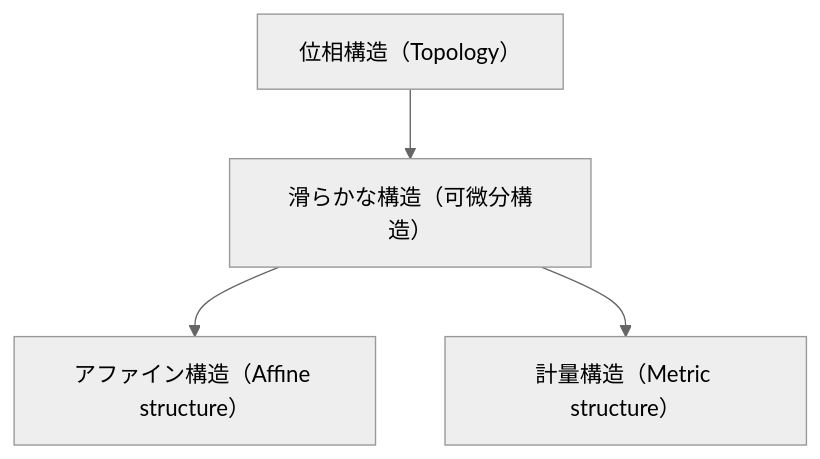
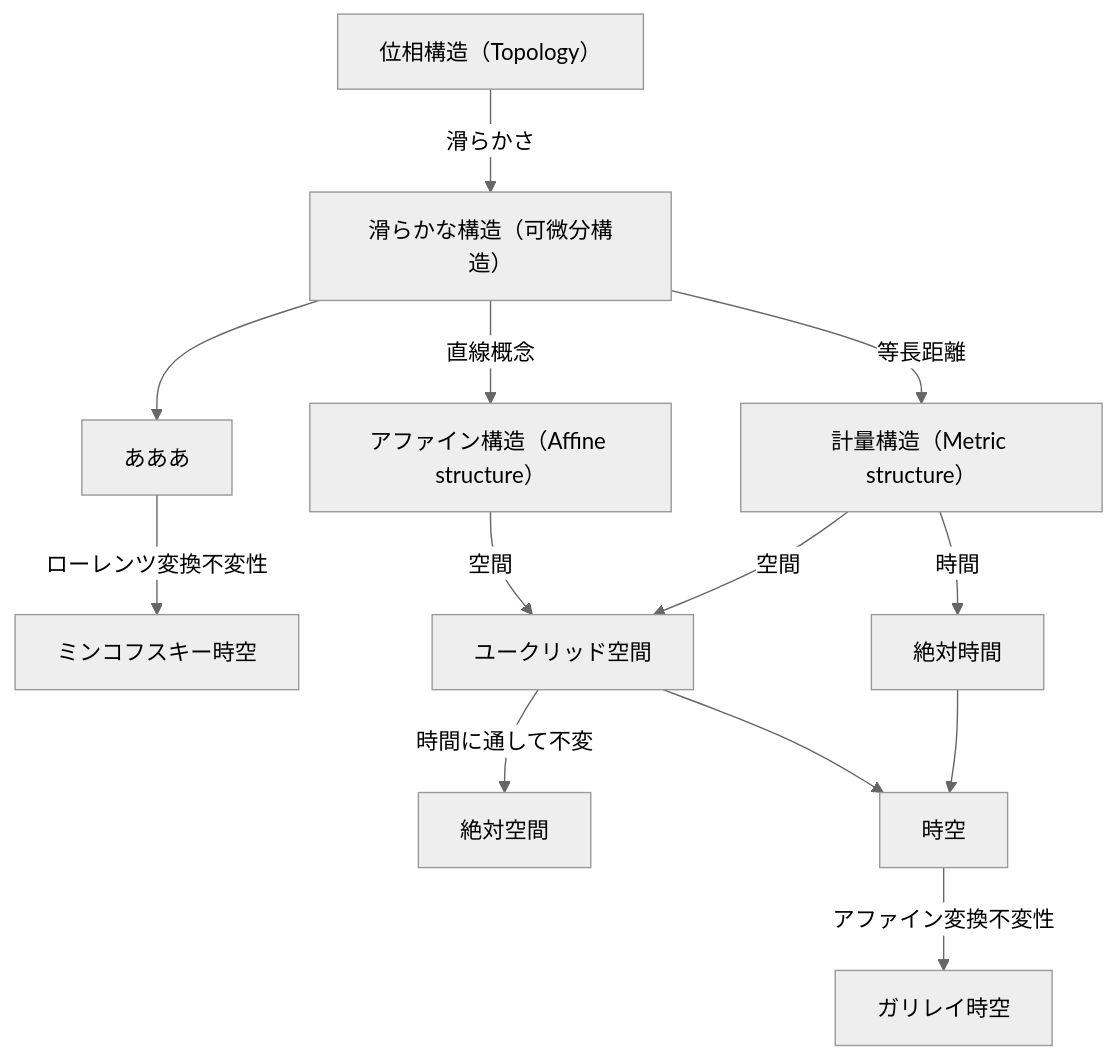
One commit to chenphilo/philoidea changed the diagram in 物理哲学/Philosophy of physics space and time.md. Above: the diagram before and after it, drawn with Mermaid (neutral theme). The commit also changed other lines of this file, not shown here.

````diff
--- a/物理哲学/Philosophy of physics space and time.md
+++ b/物理哲学/Philosophy of physics space and time.md
@@ -78,10 +79,19 @@
 ```Mermaid
 graph TD
     Topo["位相構造（Topology）"]
     Smooth["滑らかな構造（可微分構造）"]
+    Smooth --> spacetimeE["あああ"]
     Affine["アファイン構造（Affine structure）"]
     Metric["計量構造（Metric structure）"]
-    Topo --> Smooth
-    Smooth --> Affine
-    Smooth --> Metric
+    Topo -- 滑らかさ --> Smooth
+    Smooth -- 直線概念 --> Affine
+    Smooth -- 等長距離 --> Metric
+    Affine --空間--> Euclid["ユークリッド空間"]
+    Euclid --時間に通して不変--> newtonspace["絶対空間"]
+    Metric --空間--> Euclid
+    Metric --時間--> t["絶対時間"]
+    t --> spacetimeG["時空"]
+    Euclid --> spacetimeG
+    spacetimeG --アファイン変換不変性--> Galileo["ガリレイ時空"]
+    spacetimeE --ローレンツ変換不変性--> Einstein["ミンコフスキー時空"]
 ```
````
